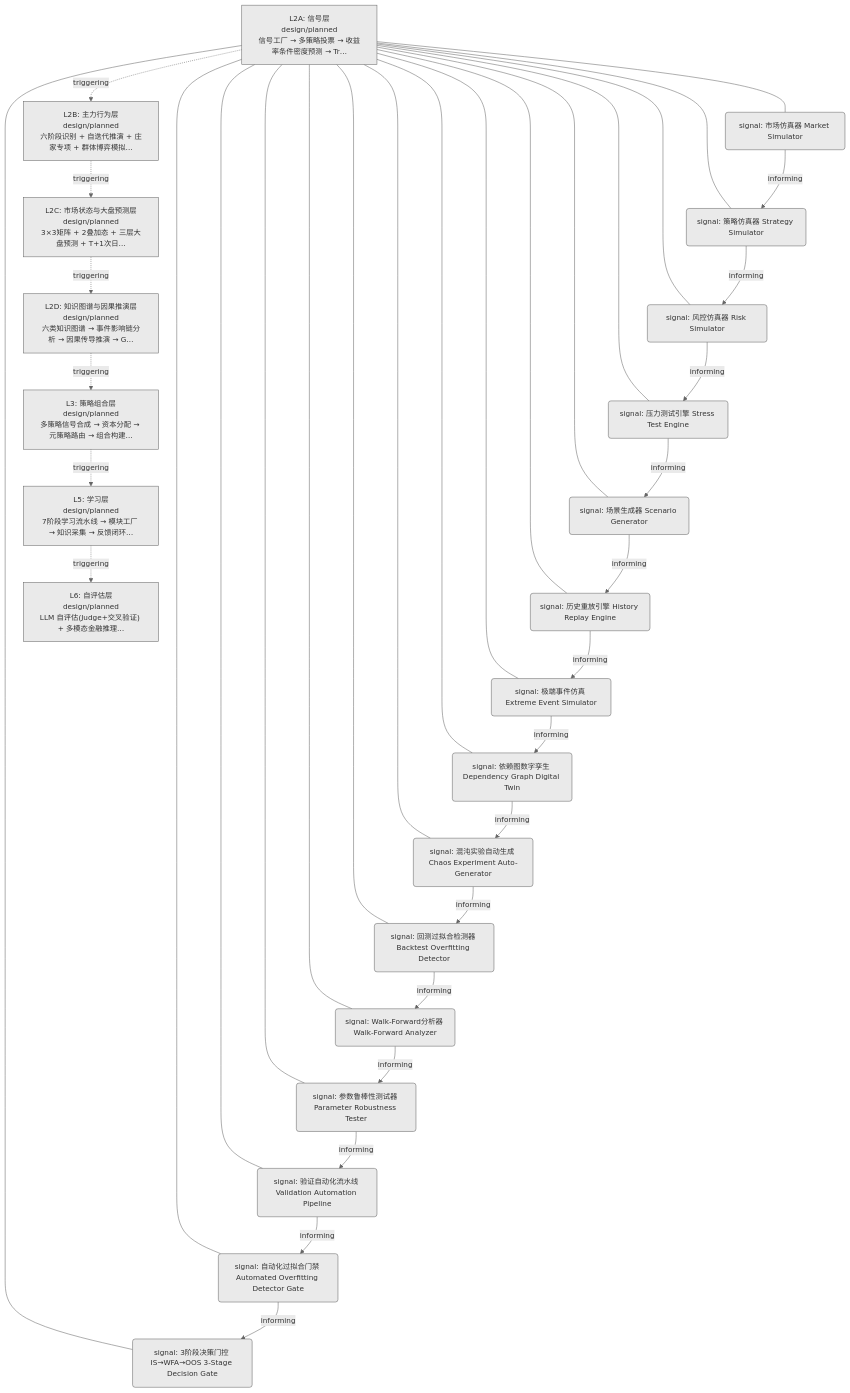
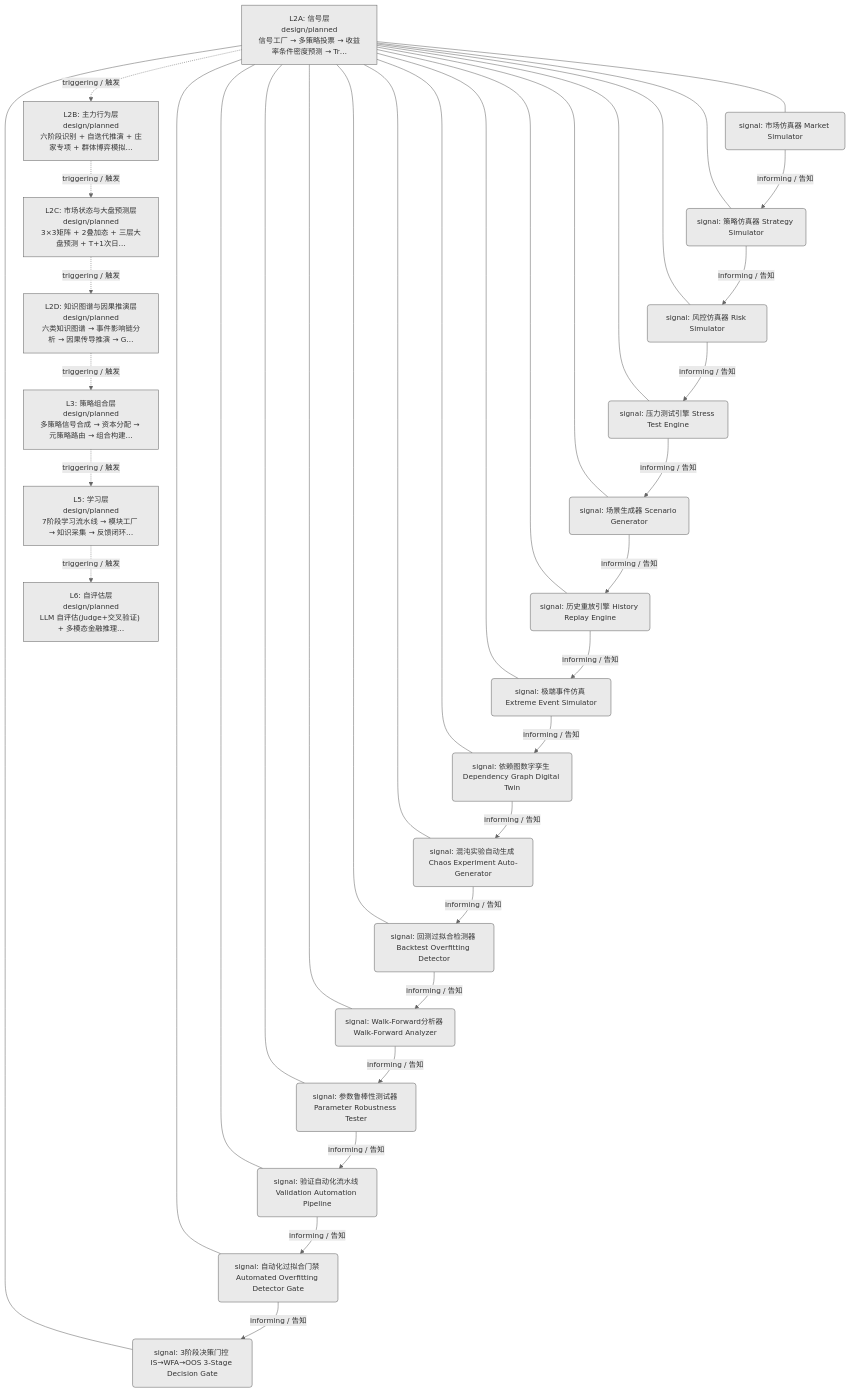
The first of 2 diagrams in docs/02_enterprise_architecture/06_decision_architecture/12_decision_l2a_simulation.md (xuanFelixVan/ZephyrAlpha), drawn with Mermaid before and after one commit. The commit also changed other lines of this file and 23 other files, not shown here.

First line of the commit message:
feat(decision-diagram): mermaid 边标签加中文（triggering/触发 等）

````diff
--- a/docs/02_enterprise_architecture/06_decision_architecture/12_decision_l2a_simulation.md
+++ b/docs/02_enterprise_architecture/06_decision_architecture/12_decision_l2a_simulation.md
@@ -21,61 +21,61 @@
 ```mermaid
 %%{init: {'theme': 'base', 'themeVariables': {'primaryColor': '#eaeaea', 'primaryTextColor': '#333333', 'primaryBorderColor': '#666666', 'lineColor': '#666666', 'secondaryColor': '#eaeaea', 'tertiaryColor': '#eaeaea', 'fontSize': '14px'}}}%%
 flowchart TD
     LL2A["L2A: 信号层<br/>design/planned<br/>信号工厂 → 多策略投票 → 收益率条件密度预测 → Tr…"]
     N141("signal: 市场仿真器 Market Simulator")
     LL2A --- N141
     N142("signal: 策略仿真器 Strategy Simulator")
     LL2A --- N142
     N143("signal: 风控仿真器 Risk Simulator")
     LL2A --- N143
     N144("signal: 压力测试引擎 Stress Test Engine")
     LL2A --- N144
     N145("signal: 场景生成器 Scenario Generator")
     LL2A --- N145
     N146("signal: 历史重放引擎 History Replay Engine")
     LL2A --- N146
     N147("signal: 极端事件仿真 Extreme Event Simulator")
     LL2A --- N147
     N148("signal: 依赖图数字孪生 Dependency Graph Digital Twin")
     LL2A --- N148
     N149("signal: 混沌实验自动生成 Chaos Experiment Auto-Generator")
     LL2A --- N149
     N150("signal: 回测过拟合检测器 Backtest Overfitting Detector")
     LL2A --- N150
     N151("signal: Walk-Forward分析器 Walk-Forward Analyzer")
     LL2A --- N151
     N152("signal: 参数鲁棒性测试器 Parameter Robustness Tester")
     LL2A --- N152
     N153("signal: 验证自动化流水线 Validation Automation Pipeline")
     LL2A --- N153
     N154("signal: 自动化过拟合门禁 Automated Overfitting Detector Gate")
     LL2A --- N154
     N155("signal: 3阶段决策门控 IS→WFA→OOS 3-Stage Decision Gate")
     LL2A --- N155
     LL2B["L2B: 主力行为层<br/>design/planned<br/>六阶段识别 + 自迭代推演 + 庄家专项 + 群体博弈模拟…"]
     LL2C["L2C: 市场状态与大盘预测层<br/>design/planned<br/>3×3矩阵 + 2叠加态 + 三层大盘预测 + T+1次日…"]
     LL2D["L2D: 知识图谱与因果推演层<br/>design/planned<br/>六类知识图谱 → 事件影响链分析 → 因果传导推演 → G…"]
     LL3["L3: 策略组合层<br/>design/planned<br/>多策略信号合成 → 资本分配 → 元策略路由 → 组合构建…"]
     LL5["L5: 学习层<br/>design/planned<br/>7阶段学习流水线 → 模块工厂 → 知识采集 → 反馈闭环…"]
     LL6["L6: 自评估层<br/>design/planned<br/>LLM 自评估(Judge+交叉验证) + 多模态金融推理…"]
-    LL2A -.->|triggering| LL2B
-    LL2B -.->|triggering| LL2C
-    LL2C -.->|triggering| LL2D
-    LL2D -.->|triggering| LL3
-    LL3 -.->|triggering| LL5
-    LL5 -.->|triggering| LL6
-    N141 -->|informing| N142
-    N142 -->|informing| N143
-    N143 -->|informing| N144
-    N144 -->|informing| N145
-    N145 -->|informing| N146
-    N146 -->|informing| N147
-    N147 -->|informing| N148
-    N148 -->|informing| N149
-    N149 -->|informing| N150
-    N150 -->|informing| N151
-    N151 -->|informing| N152
-    N152 -->|informing| N153
-    N153 -->|informing| N154
-    N154 -->|informing| N155
+    LL2A -.->|triggering / 触发| LL2B
+    LL2B -.->|triggering / 触发| LL2C
+    LL2C -.->|triggering / 触发| LL2D
+    LL2D -.->|triggering / 触发| LL3
+    LL3 -.->|triggering / 触发| LL5
+    LL5 -.->|triggering / 触发| LL6
+    N141 -->|informing / 告知| N142
+    N142 -->|informing / 告知| N143
+    N143 -->|informing / 告知| N144
+    N144 -->|informing / 告知| N145
+    N145 -->|informing / 告知| N146
+    N146 -->|informing / 告知| N147
+    N147 -->|informing / 告知| N148
+    N148 -->|informing / 告知| N149
+    N149 -->|informing / 告知| N150
+    N150 -->|informing / 告知| N151
+    N151 -->|informing / 告知| N152
+    N152 -->|informing / 告知| N153
+    N153 -->|informing / 告知| N154
+    N154 -->|informing / 告知| N155
 ```
````
